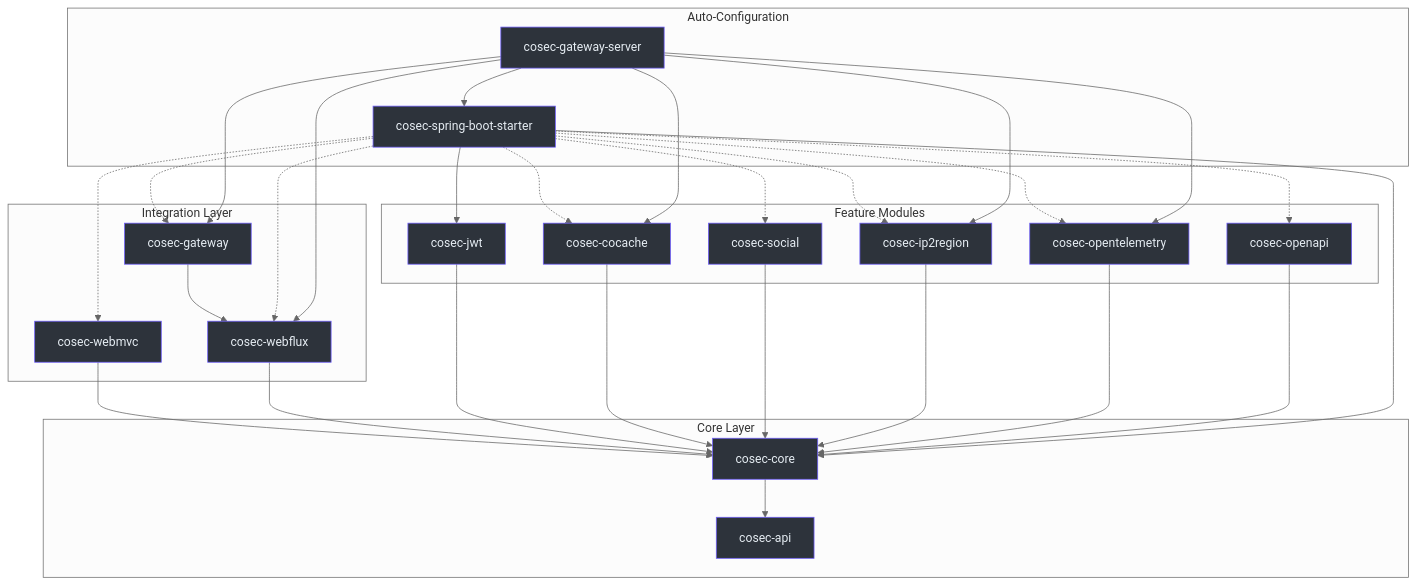
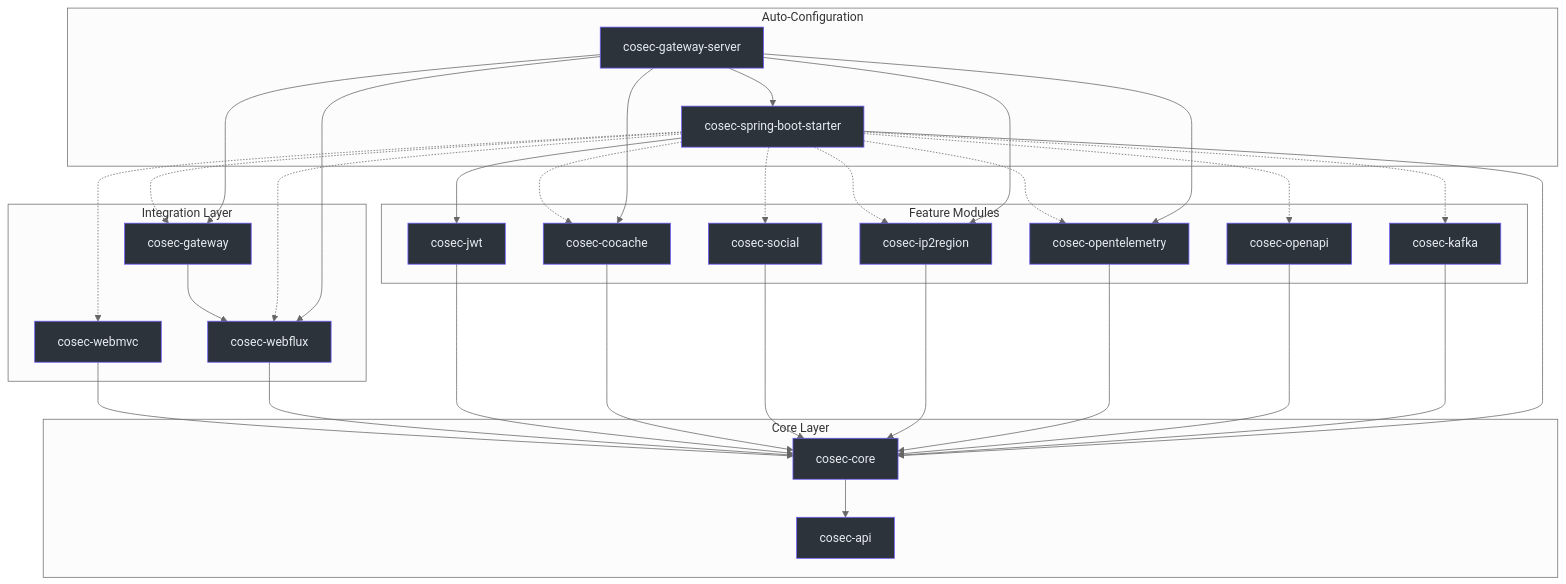
One commit to Ahoo-Wang/CoSec changed the first of 3 diagrams in wiki/deep-dive/architecture/module-dependency.md. Above: the diagram before and after it, drawn with Mermaid (neutral theme). The commit also changed other lines of this file and 17 other files, not shown here.

````diff
--- a/wiki/deep-dive/architecture/module-dependency.md
+++ b/wiki/deep-dive/architecture/module-dependency.md
@@ -14,69 +14,73 @@
 ```mermaid
 graph TB
     subgraph "Integration Layer"
         WEBMVC["cosec-webmvc"]
         WEBFLUX["cosec-webflux"]
         GATEWAY["cosec-gateway"]
     end
 
     subgraph "Feature Modules"
         JWT["cosec-jwt"]
         COCACHE["cosec-cocache"]
         SOCIAL["cosec-social"]
         IP2REGION["cosec-ip2region"]
         OTEL["cosec-opentelemetry"]
         OPENAPI["cosec-openapi"]
+        KAFKA["cosec-kafka"]
     end
 
     subgraph "Core Layer"
         CORE["cosec-core"]
         API["cosec-api"]
     end
 
     subgraph "Auto-Configuration"
         STARTER["cosec-spring-boot-starter"]
         GWSERVER["cosec-gateway-server"]
     end
 
     WEBMVC --> CORE
     WEBFLUX --> CORE
     GATEWAY --> WEBFLUX
     JWT --> CORE
     COCACHE --> CORE
     SOCIAL --> CORE
     IP2REGION --> CORE
     OTEL --> CORE
     OPENAPI --> CORE
+    KAFKA --> CORE
     CORE --> API
     STARTER --> CORE
     STARTER --> JWT
     STARTER -.-> WEBMVC
     STARTER -.-> WEBFLUX
     STARTER -.-> GATEWAY
     STARTER -.-> COCACHE
     STARTER -.-> SOCIAL
     STARTER -.-> IP2REGION
     STARTER -.-> OTEL
     STARTER -.-> OPENAPI
+    STARTER -.-> KAFKA
     GWSERVER --> STARTER
     GWSERVER --> COCACHE
     GWSERVER --> WEBFLUX
     GWSERVER --> GATEWAY
     GWSERVER --> OTEL
     GWSERVER --> IP2REGION
 
     style API fill:#2d333b,stroke:#6d5dfc,color:#e6edf3
     style CORE fill:#2d333b,stroke:#6d5dfc,color:#e6edf3
     style STARTER fill:#2d333b,stroke:#6d5dfc,color:#e6edf3
     style GWSERVER fill:#2d333b,stroke:#6d5dfc,color:#e6edf3
     style JWT fill:#2d333b,stroke:#6d5dfc,color:#e6edf3
     style COCACHE fill:#2d333b,stroke:#6d5dfc,color:#e6edf3
     style SOCIAL fill:#2d333b,stroke:#6d5dfc,color:#e6edf3
     style IP2REGION fill:#2d333b,stroke:#6d5dfc,color:#e6edf3
     style OTEL fill:#2d333b,stroke:#6d5dfc,color:#e6edf3
     style OPENAPI fill:#2d333b,stroke:#6d5dfc,color:#e6edf3
+    style KAFKA fill:#2d333b,stroke:#6d5dfc,color:#e6edf3
     style WEBMVC fill:#2d333b,stroke:#6d5dfc,color:#e6edf3
     style WEBFLUX fill:#2d333b,stroke:#6d5dfc,color:#e6edf3
     style GATEWAY fill:#2d333b,stroke:#6d5dfc,color:#e6edf3
 
 ```
````
